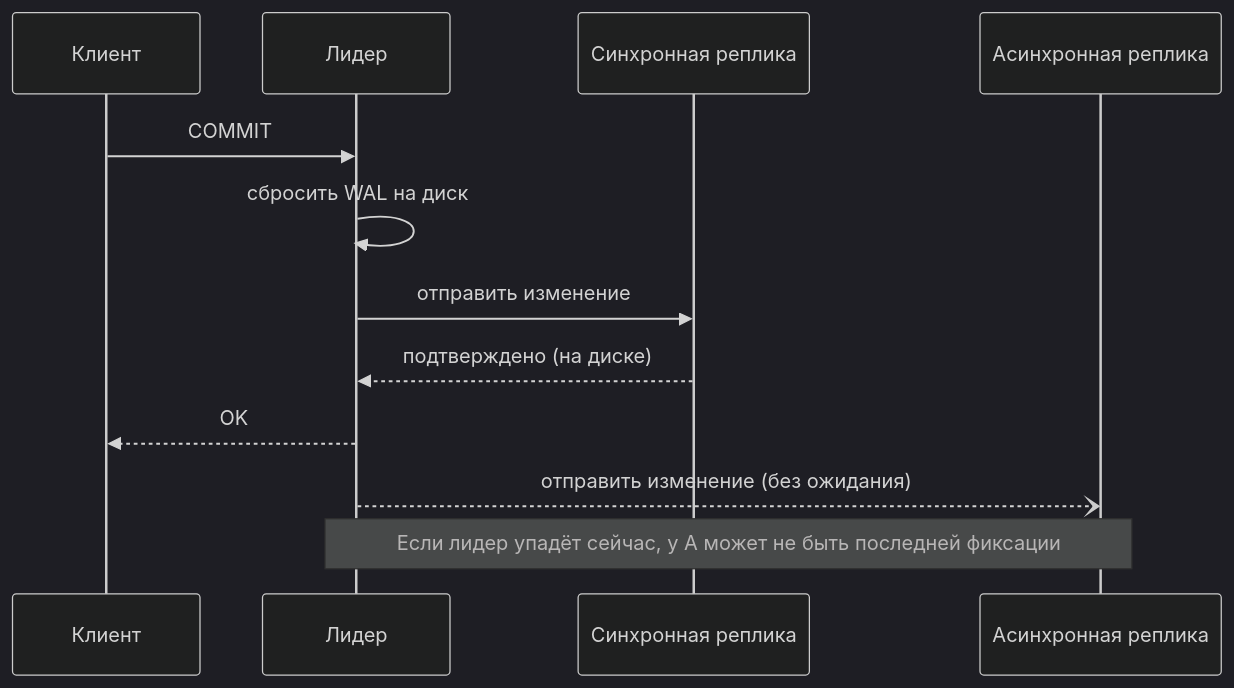
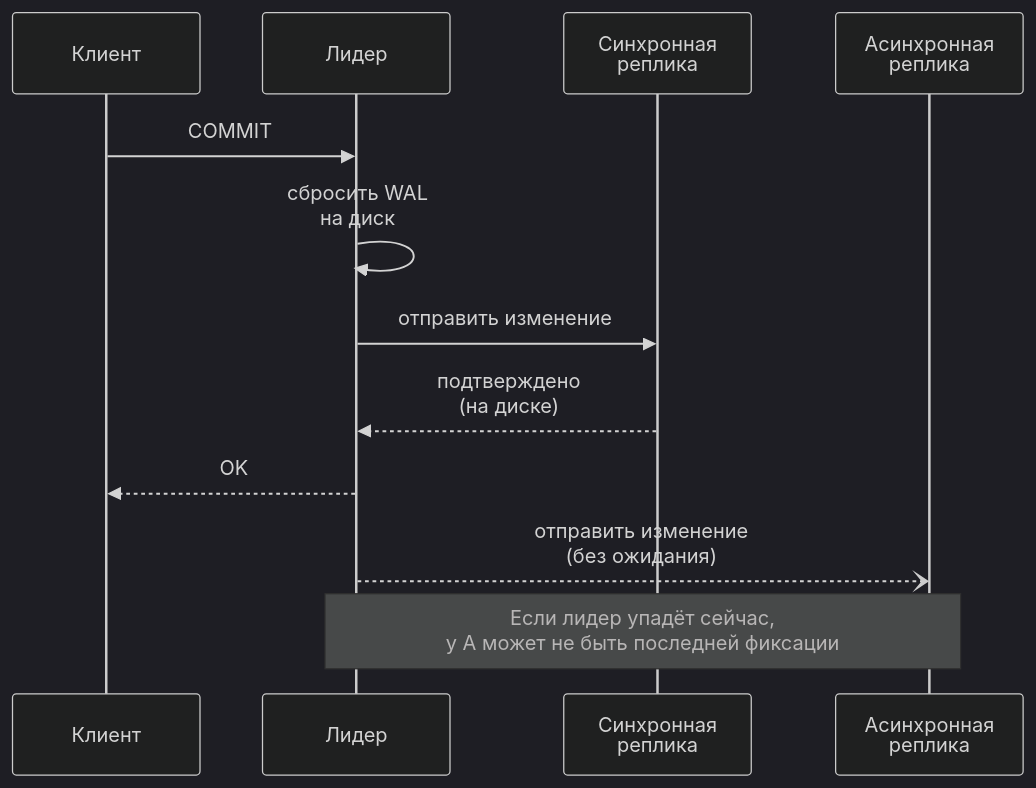
One commit to butyavk/system-design changed the second of 4 diagrams in src/content/docs/ru/data/replication.mdx. Above: the diagram before and after it, drawn with Mermaid (dark theme). The commit also changed other lines of this file and 144 other files, not shown here.

````diff
--- a/src/content/docs/ru/data/replication.mdx
+++ b/src/content/docs/ru/data/replication.mdx
@@ -46,14 +46,14 @@
 ```mermaid
 sequenceDiagram
   participant C as Клиент
   participant L as Лидер
-  participant S as Синхронная реплика
-  participant A as Асинхронная реплика
+  participant S as Синхронная<br/>реплика
+  participant A as Асинхронная<br/>реплика
   C->>L: COMMIT
-  L->>L: сбросить WAL на диск
+  L->>L: сбросить WAL<br/>на диск
   L->>S: отправить изменение
-  S-->>L: подтверждено (на диске)
+  S-->>L: подтверждено<br/>(на диске)
   L-->>C: OK
-  L--)A: отправить изменение (без ожидания)
-  Note over L,A: Если лидер упадёт сейчас, у A может не быть последней фиксации
+  L--)A: отправить изменение<br/>(без ожидания)
+  Note over L,A: Если лидер упадёт сейчас,<br/>у A может не быть последней фиксации
 ```
````
